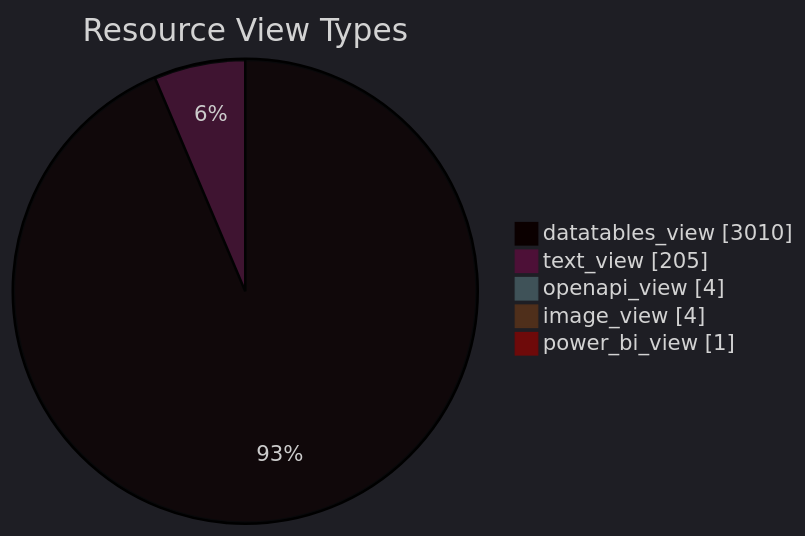
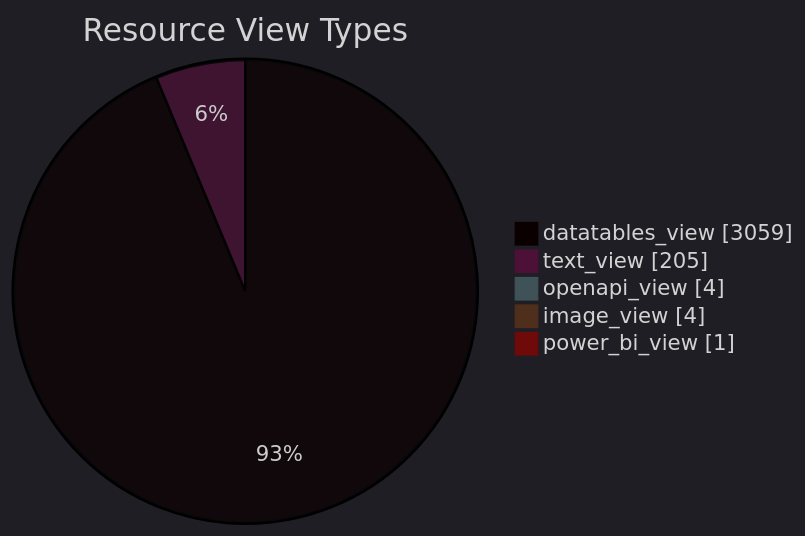
The diagram in datastore_tracker/resource_view_types_pie_chart.md (open-data/analytics-corporate-reporting), drawn with Mermaid before and after one commit. The commit also changed 9 other files, not shown here.

````diff
--- a/datastore_tracker/resource_view_types_pie_chart.md
+++ b/datastore_tracker/resource_view_types_pie_chart.md
@@ -2,12 +2,12 @@
 ```mermaid
 ---
 config:
   theme: dark
 ---
 pie showData title Resource View Types
-    "datatables_view": 3010
+    "datatables_view": 3059
     "text_view": 205
     "openapi_view": 4
     "image_view": 4
     "power_bi_view": 1
 ```
````
